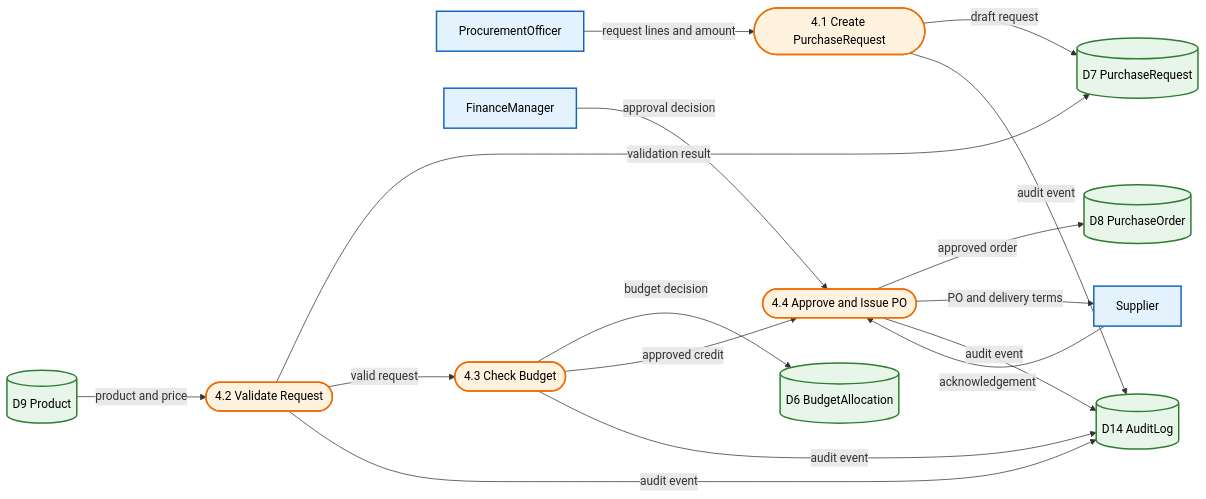
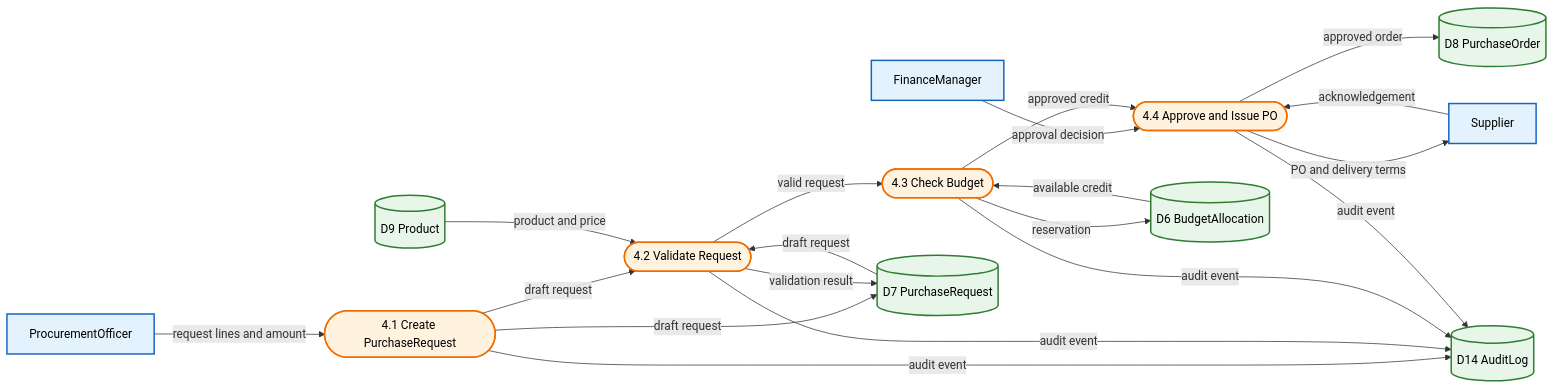
Before and after one commit to Shakour-Data/BedaanWaves: the sixth of 11 diagrams in docs/02_architecture/ARCH_integrated-hr-finance-procurement-dfd_v1.md, drawn with Mermaid. The commit also changed other lines of this file and 62 other files, not shown here.

````diff
--- a/docs/02_architecture/ARCH_integrated-hr-finance-procurement-dfd_v1.md
+++ b/docs/02_architecture/ARCH_integrated-hr-finance-procurement-dfd_v1.md
@@ -300,35 +308,38 @@
 ```mermaid
 flowchart LR
-    classDef entity fill:#E3F2FD,stroke:#1565C0,stroke-width:2px,color:#000;
-    classDef process fill:#FFF3E0,stroke:#EF6C00,stroke-width:2px,color:#000;
-    classDef store fill:#E8F5E9,stroke:#2E7D32,stroke-width:2px,color:#000;
+classDef entity fill:#E3F2FD,stroke:#1565C0,stroke-width:2px,color:#000;
+classDef process fill:#FFF3E0,stroke:#EF6C00,stroke-width:2px,color:#000;
+classDef store fill:#E8F5E9,stroke:#2E7D32,stroke-width:2px,color:#000;
 
-    PROC[ProcurementOfficer]:::entity
-    FIN[FinanceManager]:::entity
-    SUP[Supplier]:::entity
-    P41([4.1 Create PurchaseRequest]):::process
-    P42([4.2 Validate Request]):::process
-    P43([4.3 Check Budget]):::process
-    P44([4.4 Approve and Issue PO]):::process
-    D6[(D6 BudgetAllocation)]:::store
-    D7[(D7 PurchaseRequest)]:::store
-    D8[(D8 PurchaseOrder)]:::store
-    D9[(D9 Product)]:::store
-    D14[(D14 AuditLog)]:::store
+PROC[ProcurementOfficer]:::entity
+FIN[FinanceManager]:::entity
+SUP[Supplier]:::entity
+P41([4.1 Create PurchaseRequest]):::process
+P42([4.2 Validate Request]):::process
+P43([4.3 Check Budget]):::process
+P44([4.4 Approve and Issue PO]):::process
+D6[(D6 BudgetAllocation)]:::store
+D7[(D7 PurchaseRequest)]:::store
+D8[(D8 PurchaseOrder)]:::store
+D9[(D9 Product)]:::store
+D14[(D14 AuditLog)]:::store
 
     PROC -->|request lines and amount| P41
+    P41 -->|draft request| P42
     P41 -->|draft request| D7
+    D7 -->|draft request| P42
     P42 -->|validation result| D7
     D9 -->|product and price| P42
-    P43 -->|budget decision| D6
+    D6 -->|available credit| P43
     P42 -->|valid request| P43
+    P43 -->|reservation| D6
     FIN -->|approval decision| P44
     P43 -->|approved credit| P44
-    P44 -->|approved order| D8
-    P44 -->|PO and delivery terms| SUP
-    SUP -->|acknowledgement| P44
-    P41 -->|audit event| D14
-    P42 -->|audit event| D14
-    P43 -->|audit event| D14
-    P44 -->|audit event| D14
+P44 -->|approved order| D8
+P44 -->|PO and delivery terms| SUP
+SUP -->|acknowledgement| P44
+P41 -->|audit event| D14
+P42 -->|audit event| D14
+P43 -->|audit event| D14
+P44 -->|audit event| D14
 ```
````
